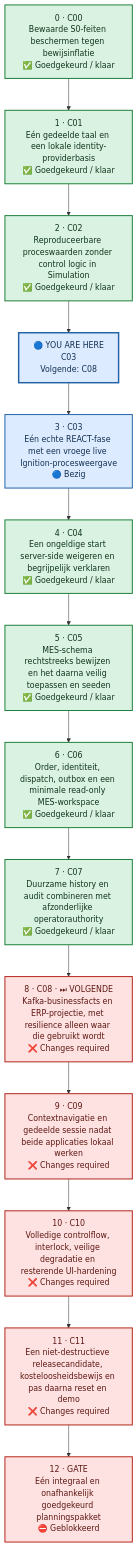
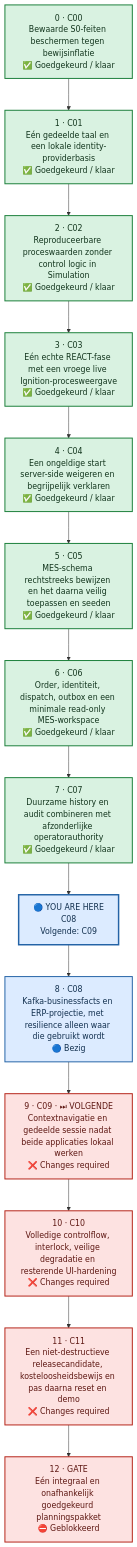
Before and after one commit to Jandesch91/n1-bioforge-requirements-cockpit: the diagram in chunks.mmd, drawn with Mermaid. The commit also changed 3 other files, not shown here.

```diff
--- a/chunks.mmd
+++ b/chunks.mmd
@@ -1,39 +1,39 @@
 %%{init: {"flowchart": {"curve": "linear", "nodeSpacing": 55, "rankSpacing": 65, "htmlLabels": true}}}%%
 flowchart TB
     %% One vertical lane: order is explicit and no dependency arrows cross.
     chunk_0["0 · C00<br/>Bewaarde S0-feiten beschermen tegen bewijsinflatie<br/>✅ Goedgekeurd / klaar"]
     chunk_1["1 · C01<br/>Eén gedeelde taal en een lokale identity-providerbasis<br/>✅ Goedgekeurd / klaar"]
     chunk_2["2 · C02<br/>Reproduceerbare proceswaarden zonder control logic in Simulation<br/>✅ Goedgekeurd / klaar"]
-    chunk_3["3 · C03<br/>Eén echte REACT-fase met een vroege live Ignition-procesweergave<br/>🔵 Bezig"]
+    chunk_3["3 · C03<br/>Eén echte REACT-fase met een vroege live Ignition-procesweergave<br/>✅ Goedgekeurd / klaar"]
     chunk_4["4 · C04<br/>Een ongeldige start server-side weigeren en begrijpelijk verklaren<br/>✅ Goedgekeurd / klaar"]
     chunk_5["5 · C05<br/>MES-schema rechtstreeks bewijzen en het daarna veilig toepassen en seeden<br/>✅ Goedgekeurd / klaar"]
     chunk_6["6 · C06<br/>Order, identiteit, dispatch, outbox en een minimale read-only MES-workspace<br/>✅ Goedgekeurd / klaar"]
     chunk_7["7 · C07<br/>Duurzame history en audit combineren met afzonderlijke operatorauthority<br/>✅ Goedgekeurd / klaar"]
-    chunk_8["8 · C08 · ⏭ VOLGENDE<br/>Kafka-businessfacts en ERP-projectie, met resilience alleen waar die gebruikt wordt<br/>❌ Changes required"]
-    chunk_9["9 · C09<br/>Contextnavigatie en gedeelde sessie nadat beide applicaties lokaal werken<br/>❌ Changes required"]
+    chunk_8["8 · C08<br/>Kafka-businessfacts en ERP-projectie, met resilience alleen waar die gebruikt wordt<br/>🔵 Bezig"]
+    chunk_9["9 · C09 · ⏭ VOLGENDE<br/>Contextnavigatie en gedeelde sessie nadat beide applicaties lokaal werken<br/>❌ Changes required"]
     chunk_10["10 · C10<br/>Volledige controlflow, interlock, veilige degradatie en resterende UI-hardening<br/>❌ Changes required"]
     chunk_11["11 · C11<br/>Een niet-destructieve releasecandidate, kosteloosheidsbewijs en pas daarna reset en demo<br/>❌ Changes required"]
     chunk_12["12 · GATE<br/>Eén integraal en onafhankelijk goedgekeurd planningspakket<br/>⛔ Geblokkeerd"]
-    current_marker["🔵 YOU ARE HERE<br/>C03<br/>Volgende: C08"]
-    chunk_0 --> chunk_1 --> chunk_2 --> current_marker --> chunk_3 --> chunk_4 --> chunk_5 --> chunk_6 --> chunk_7 --> chunk_8 --> chunk_9 --> chunk_10 --> chunk_11 --> chunk_12
+    current_marker["🔵 YOU ARE HERE<br/>C08<br/>Volgende: C09"]
+    chunk_0 --> chunk_1 --> chunk_2 --> chunk_3 --> chunk_4 --> chunk_5 --> chunk_6 --> chunk_7 --> current_marker --> chunk_8 --> chunk_9 --> chunk_10 --> chunk_11 --> chunk_12
     classDef approved fill:#D9F2E1,stroke:#1B7F3A,color:#12351D,stroke-width:2px
     classDef inprogress fill:#DCEBFF,stroke:#2463A6,color:#12304F,stroke-width:2px
     classDef human fill:#FFF2BF,stroke:#A66B00,color:#4D3300,stroke-width:2px
     classDef changes fill:#FDE2E1,stroke:#B42318,color:#5D1712,stroke-width:2px
     classDef blocked fill:#FDE2E1,stroke:#B42318,color:#5D1712,stroke-width:2px
     classDef notstarted fill:#F2F4F7,stroke:#667085,color:#344054,stroke-width:2px
     classDef current fill:#DCEBFF,stroke:#2463A6,color:#12304F,stroke-width:3px
     class chunk_0 approved
     class chunk_1 approved
     class chunk_2 approved
-    class chunk_3 inprogress
+    class chunk_3 approved
     class chunk_4 approved
     class chunk_5 approved
     class chunk_6 approved
     class chunk_7 approved
-    class chunk_8 changes
+    class chunk_8 inprogress
     class chunk_9 changes
     class chunk_10 changes
     class chunk_11 changes
     class chunk_12 blocked
     class current_marker current
```
